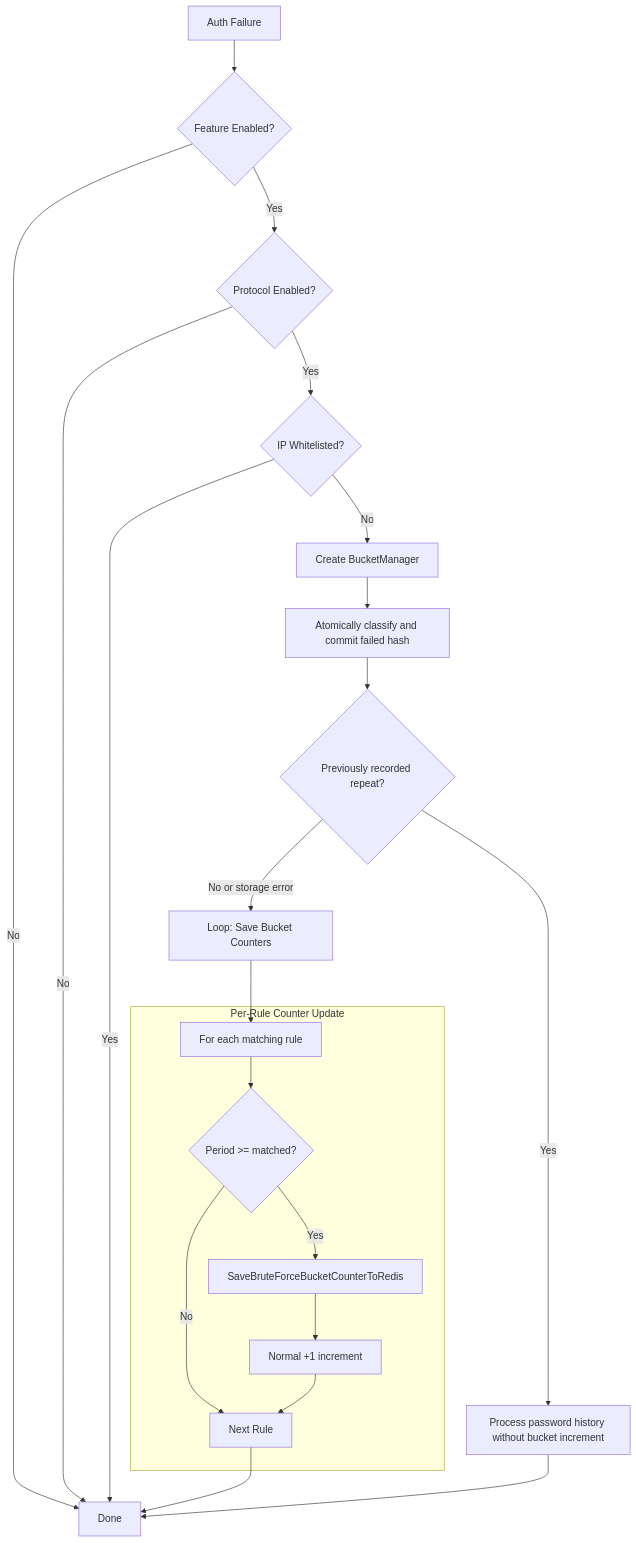
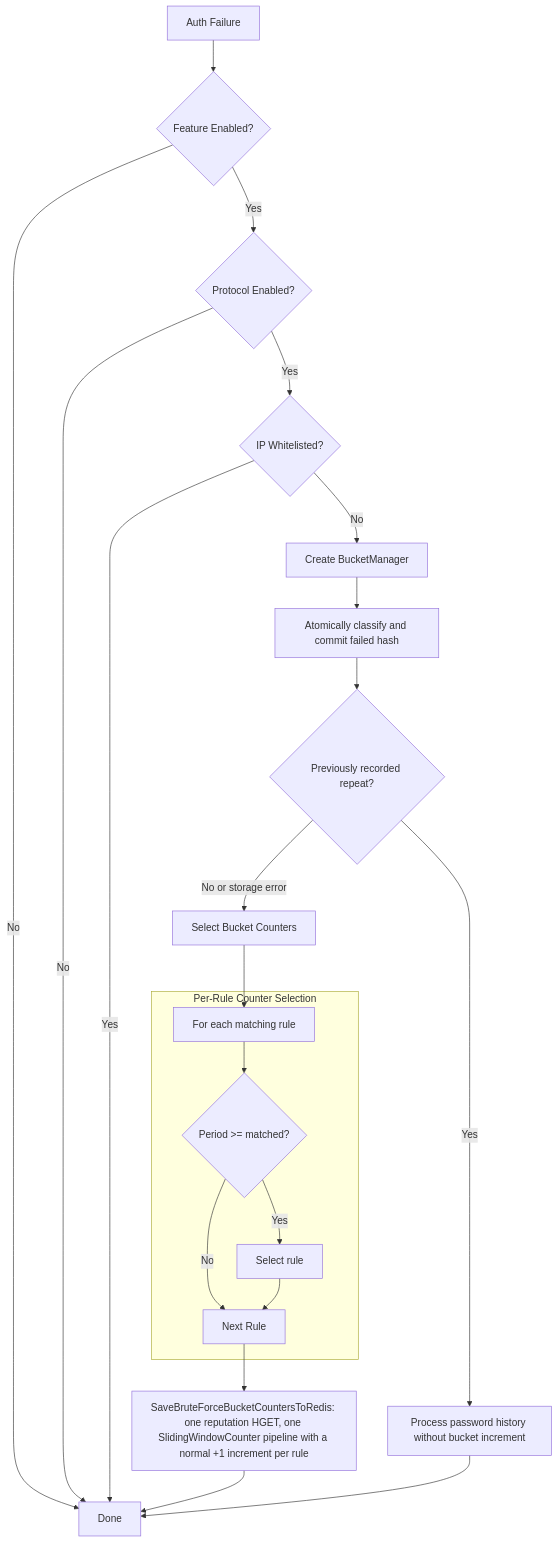
One commit to croessner/nauthilus changed the second of 3 diagrams in server/docs/bruteforce_protection.md. Above: the diagram before and after it, drawn with Mermaid. The commit also changed other lines of this file and 6 other files, not shown here.

First line of the commit message:
Change: Write failed-login bucket counters in one script pipeline

````diff
--- a/server/docs/bruteforce_protection.md
+++ b/server/docs/bruteforce_protection.md
@@ -88,28 +88,28 @@
 ```mermaid
 flowchart TD
     U_START[Auth Failure] --> U_FEAT{Feature Enabled?}
     U_FEAT -- No --> U_DONE[Done]
     U_FEAT -- Yes --> U_PROTO{Protocol Enabled?}
     U_PROTO -- No --> U_DONE
     U_PROTO -- Yes --> U_WL{IP Whitelisted?}
     U_WL -- Yes --> U_DONE
     U_WL -- No --> U_BM[Create BucketManager]
     U_BM --> U_COMMIT[Atomically classify and commit failed hash]
     U_COMMIT --> U_REPEAT{Previously recorded repeat?}
     U_REPEAT -- Yes --> U_SKIP[Process password history without bucket increment]
     U_REPEAT -- No or storage error --> U_UPDATE
 
-U_UPDATE[Loop: Save Bucket Counters]
+U_UPDATE[Select Bucket Counters]
 U_UPDATE --> U_RULE_LOOP
 
-subgraph Bucket_Update [Per-Rule Counter Update]
+subgraph Bucket_Update [Per-Rule Counter Selection]
 U_RULE_LOOP[For each matching rule] --> U_PERIOD{Period >= matched?}
-U_PERIOD -- Yes --> U_SAVE[SaveBruteForceBucketCounterToRedis]
+U_PERIOD -- Yes --> U_SELECT[Select rule]
 U_PERIOD -- No --> U_NEXT[Next Rule]
-U_SAVE --> U_INC[Normal +1 increment]
-U_INC --> U_NEXT
+U_SELECT --> U_NEXT
 end
 
-U_NEXT --> U_DONE
+U_NEXT --> U_SAVE[SaveBruteForceBucketCountersToRedis: one reputation HGET, one SlidingWindowCounter pipeline with a normal +1 increment per rule]
+U_SAVE --> U_DONE
 U_SKIP --> U_DONE
 ```
````
